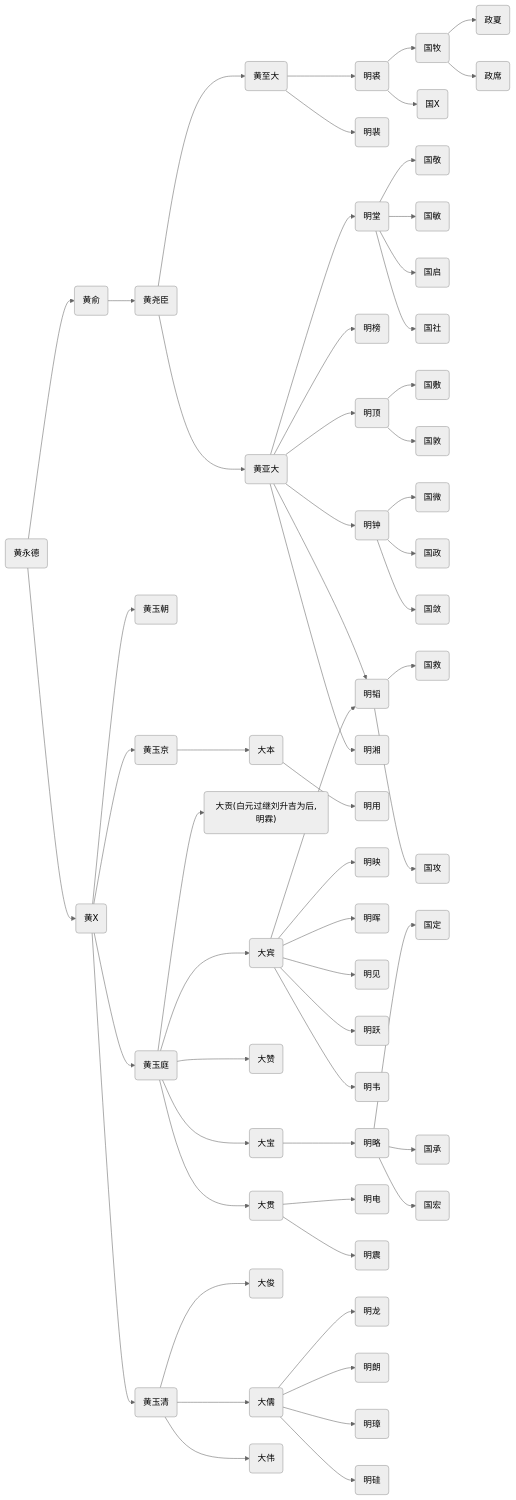
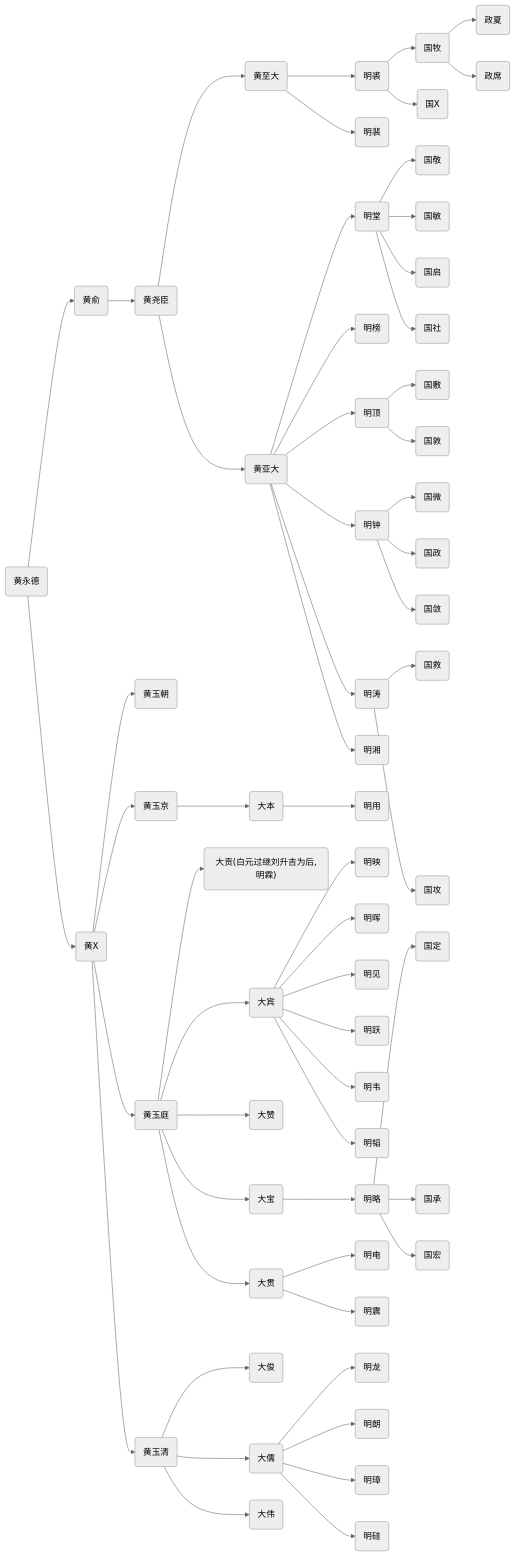
The third of 4 diagrams in contents/chapter2.md (jeanim/jiapu), drawn with Mermaid (neutral theme) before and after one commit.

```diff
--- a/contents/chapter2.md
+++ b/contents/chapter2.md
@@ -228,61 +228,61 @@
 {% mermaid %}
 graph LR;
   huangyongde("黄永德")-->huangyu("黄俞");
   huangyu("黄俞")-->huangyaochen("黄尧臣");
   huangyaochen("黄尧臣")-->huangzhida("黄至大");
   huangyaochen("黄尧臣")-->huangyada("黄亚大");
   huangzhida("黄至大")-->mingqiu("明裘");
   mingqiu("明裘")-->guomu("国牧");
   guomu("国牧")-->zhengxia("政夏");
   guomu("国牧")-->zhengxi("政席");
   mingqiu("明裘")-->guox("国X");
   huangzhida("黄至大")-->mingpei("明裴");
   huangyada("黄亚大")-->mingtang("明堂");
   mingtang("明堂")-->guojing("国敬");
   mingtang("明堂")-->guomin("国敏");
   mingtang("明堂")-->guoqi("国启");
   mingtang("明堂")-->guoshe("国社");
   huangyada("黄亚大")-->mingbang("明榜");
   huangyada("黄亚大")-->mingding("明顶");
   mingding("明顶")-->guofu("国敷");
   mingding("明顶")-->guodun("国敦");
   huangyada("黄亚大")-->mingzhong("明钟");
   mingzhong("明钟")-->guowei("国微");
   mingzhong("明钟")-->guozheng("国政");
   mingzhong("明钟")-->guolian("国敛");
   huangyada("黄亚大")-->mingtao("明涛");
   mingtao("明涛")-->guojiu("国救");
   mingtao("明涛")-->guogong("国攻");
   huangyada("黄亚大")-->mingxiang("明湘");
   huangyongde("黄永德")-->huangx("黄X");
   huangx("黄X")-->huangyuchao("黄玉朝");
   huangx("黄X")-->huangyujing("黄玉京");
   huangyujing("黄玉京")-->daben("大本");
   daben("大本")-->mingyong("明用");
   huangx("黄X")-->huangyuting("黄玉庭");
   huangyuting("黄玉庭")-->dagong("大贡(白元过继刘升吉为后,明霖)");
   huangyuting("黄玉庭")-->dabin("大宾");
   dabin("大宾")-->mingying("明映");
   dabin("大宾")-->minghui("明晖");
   dabin("大宾")-->mingjian("明见");
   dabin("大宾")-->mingyue("明跃");
   dabin("大宾")-->mingwei("明韦");
-  dabin("大宾")-->mingtao("明韬");
+  dabin("大宾")-->mingtao2("明韬");
   huangyuting("黄玉庭")-->dazan("大赞");
   huangyuting("黄玉庭")-->dabao("大宝");
   dabao("大宝")-->minglue("明略");
   minglue("明略")-->guoding("国定");
   minglue("明略")-->guocheng("国承");
   minglue("明略")-->guohong("国宏");
   huangyuting("黄玉庭")-->daguan("大贯");
   daguan("大贯")-->mingdian("明电");
   daguan("大贯")-->mingzhen("明震");
   huangx("黄X")-->huangyuqing("黄玉清");
   huangyuqing("黄玉清")-->dajun("大俊");
   huangyuqing("黄玉清")-->daru("大儒");
   daru("大儒")-->minglong("明龙");
   daru("大儒")-->minglang("明朗");
   daru("大儒")-->mingzhang("明璋");
   daru("大儒")-->minggui("明硅");
   huangyuqing("黄玉清")-->dawei("大伟");
 {% endmermaid %}
```
